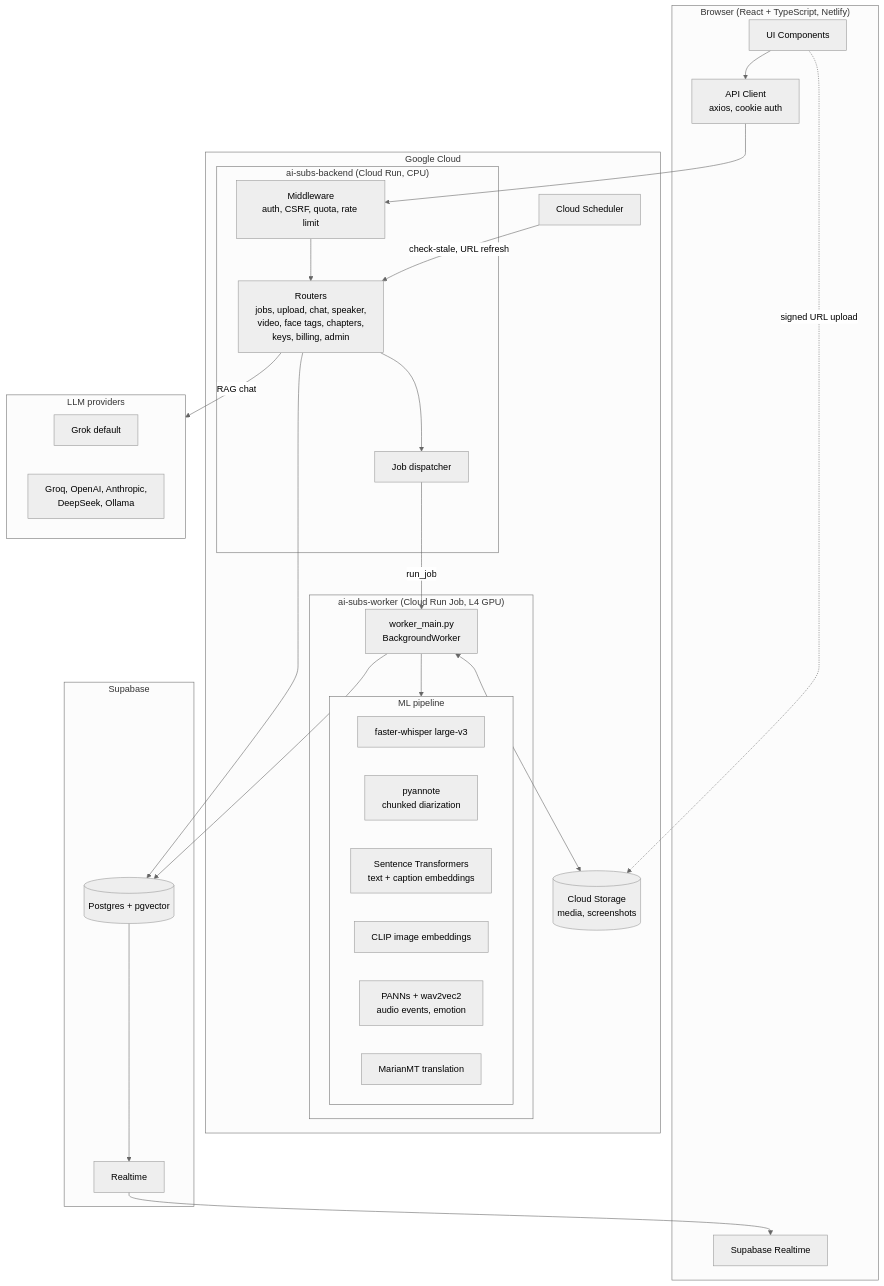
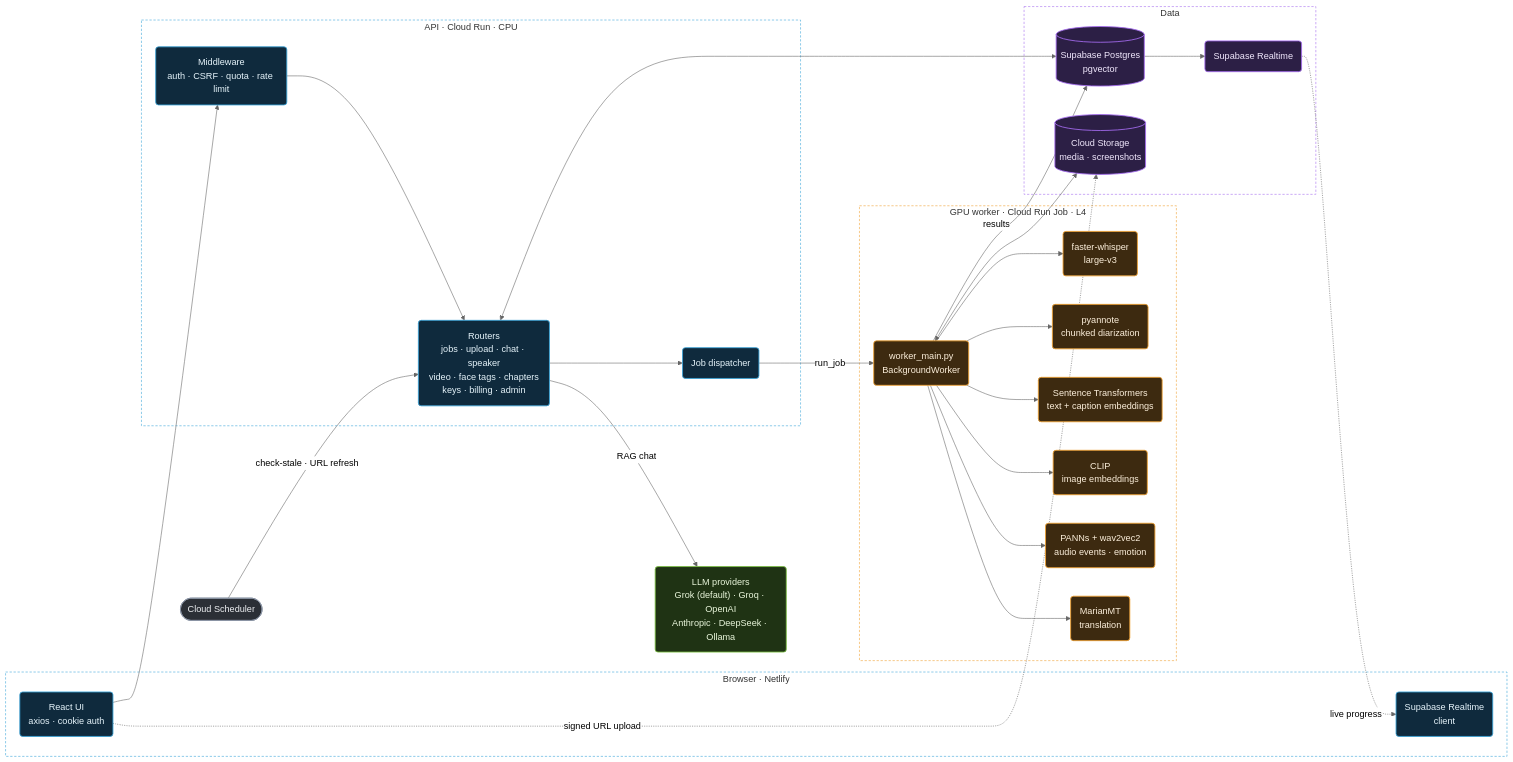
Before and after one commit to Ugur22/ai-subtitles: the first of 4 diagrams in docs/ARCHITECTURE.md, drawn with Mermaid (neutral theme).

Commit message:
Restyle ARCHITECTURE.md system overview diagram
Group by role and color by type to match the README diagram.

````diff
--- a/docs/ARCHITECTURE.md
+++ b/docs/ARCHITECTURE.md
@@ -9,52 +9,59 @@
 ```mermaid
-flowchart TB
-    subgraph Client["Browser (React + TypeScript, Netlify)"]
-        UI[UI Components]
-        API[API Client<br/>axios, cookie auth]
-        RT[Supabase Realtime]
+flowchart LR
+    subgraph Client["Browser · Netlify"]
+        UI("React UI<br/>axios · cookie auth")
+        RT("Supabase Realtime<br/>client")
     end
 
-    subgraph GCP["Google Cloud"]
-        subgraph Service["ai-subs-backend (Cloud Run, CPU)"]
-            MW[Middleware<br/>auth, CSRF, quota, rate limit]
-            Routers[Routers<br/>jobs, upload, chat, speaker,<br/>video, face tags, chapters,<br/>keys, billing, admin]
-            Disp[Job dispatcher]
-        end
-
-        subgraph Worker["ai-subs-worker (Cloud Run Job, L4 GPU)"]
-            BW[worker_main.py<br/>BackgroundWorker]
-            subgraph ML["ML pipeline"]
-                WH[faster-whisper large-v3]
-                PY[pyannote<br/>chunked diarization]
-                EMB[Sentence Transformers<br/>text + caption embeddings]
-                CL[CLIP image embeddings]
-                PN[PANNs + wav2vec2<br/>audio events, emotion]
-                MT[MarianMT translation]
-            end
-        end
-
-        GCS[(Cloud Storage<br/>media, screenshots)]
-        Sched[Cloud Scheduler]
+    subgraph Service["API · Cloud Run · CPU"]
+        MW("Middleware<br/>auth · CSRF · quota · rate limit")
+        Routers("Routers<br/>jobs · upload · chat · speaker<br/>video · face tags · chapters<br/>keys · billing · admin")
+        Disp("Job dispatcher")
     end
 
-    subgraph SB["Supabase"]
-        PG[(Postgres + pgvector)]
-        SBRT[Realtime]
+    subgraph Worker["GPU worker · Cloud Run Job · L4"]
+        BW("worker_main.py<br/>BackgroundWorker")
+        WH("faster-whisper<br/>large-v3")
+        PY("pyannote<br/>chunked diarization")
+        EMB("Sentence Transformers<br/>text + caption embeddings")
+        CL("CLIP<br/>image embeddings")
+        PN("PANNs + wav2vec2<br/>audio events · emotion")
+        MT("MarianMT<br/>translation")
     end
 
-    subgraph LLM["LLM providers"]
-        GRK[Grok default]
-        Others[Groq, OpenAI, Anthropic,<br/>DeepSeek, Ollama]
+    subgraph Data["Data"]
+        PG[("Supabase Postgres<br/>pgvector")]
+        SBRT("Supabase Realtime")
+        GCS[("Cloud Storage<br/>media · screenshots")]
     end
 
-    UI --> API --> MW --> Routers
+    LLM("LLM providers<br/>Grok (default) · Groq · OpenAI<br/>Anthropic · DeepSeek · Ollama")
+    Sched(["Cloud Scheduler"])
+
+    UI --> MW --> Routers
     UI -. signed URL upload .-> GCS
-    Routers --> PG
-    Routers --> Disp -- run_job --> BW
-    BW --> ML
+    Routers <--> PG
+    Routers --> Disp -->|run_job| BW
+    BW --> WH & PY & EMB & CL & PN & MT
     BW <--> GCS
-    BW --> PG
-    PG --> SBRT --> RT
-    Routers -- RAG chat --> LLM
-    Sched -- "check-stale, URL refresh" --> Routers
+    BW -->|results| PG
+    PG --> SBRT -.->|live progress| RT
+    Routers -->|RAG chat| LLM
+    Sched -->|check-stale · URL refresh| Routers
+
+    classDef app fill:#0f2a3d,stroke:#38a3d8,color:#e6f4fb,stroke-width:1.5px
+    classDef gpu fill:#3d2a10,stroke:#f0a030,color:#fdf0dc,stroke-width:1.5px
+    classDef data fill:#2c1f45,stroke:#a56cf0,color:#f1e8fd,stroke-width:1.5px
+    classDef ai fill:#1f3314,stroke:#7cc043,color:#eaf7dc,stroke-width:1.5px
+    classDef misc fill:#2b2f36,stroke:#8b95a5,color:#eef0f3,stroke-width:1.5px
+
+    class UI,RT,MW,Routers,Disp app
+    class BW,WH,PY,EMB,CL,PN,MT gpu
+    class PG,SBRT,GCS data
+    class LLM ai
+    class Sched misc
+    style Client fill:none,stroke:#38a3d8,stroke-dasharray:4 3
+    style Service fill:none,stroke:#38a3d8,stroke-dasharray:4 3
+    style Worker fill:none,stroke:#f0a030,stroke-dasharray:4 3
+    style Data fill:none,stroke:#a56cf0,stroke-dasharray:4 3
 ```
````
